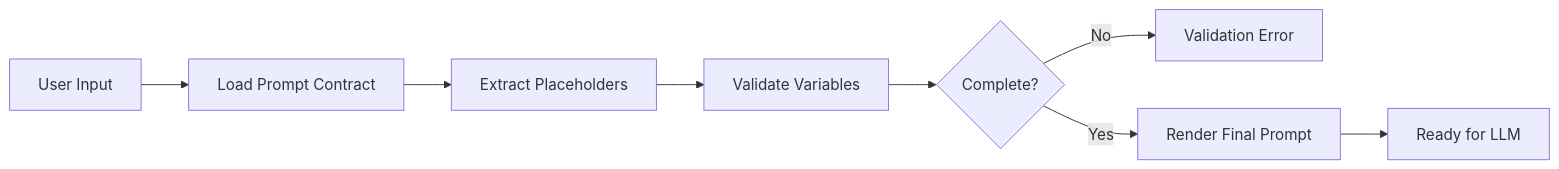
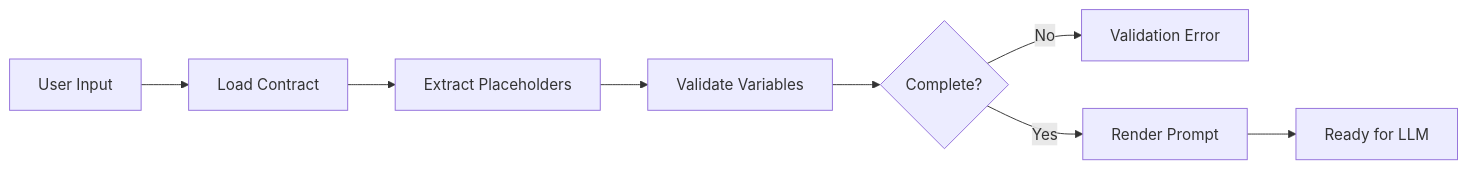
The first of 3 diagrams in 1_Bro_Became_AI_Engineer/01_Daily_Learning/Week_01/02_Prompt_Contracts/Project/prompt-contract-lab/README.md (mzaid-dev/Bro_to_FAANG-exe), drawn with Mermaid before and after one commit. The commit also changed other lines of this file and 1 other file, not shown here.

Commit message:
docs(prompt-contract-lab): polish README and project documentation

````diff
--- a/1_Bro_Became_AI_Engineer/01_Daily_Learning/Week_01/02_Prompt_Contracts/Project/prompt-contract-lab/README.md
+++ b/1_Bro_Became_AI_Engineer/01_Daily_Learning/Week_01/02_Prompt_Contracts/Project/prompt-contract-lab/README.md
@@ -204,10 +88,10 @@
 ```mermaid
 flowchart LR
-    A["User Input"] --> B["Load Prompt Contract"]
+    A["User Input"] --> B["Load Contract"]
     B --> C["Extract Placeholders"]
     C --> D["Validate Variables"]
     D --> E{"Complete?"}
     E -->|No| F["Validation Error"]
-    E -->|Yes| G["Render Final Prompt"]
+    E -->|Yes| G["Render Prompt"]
     G --> H["Ready for LLM"]
 ```
````
